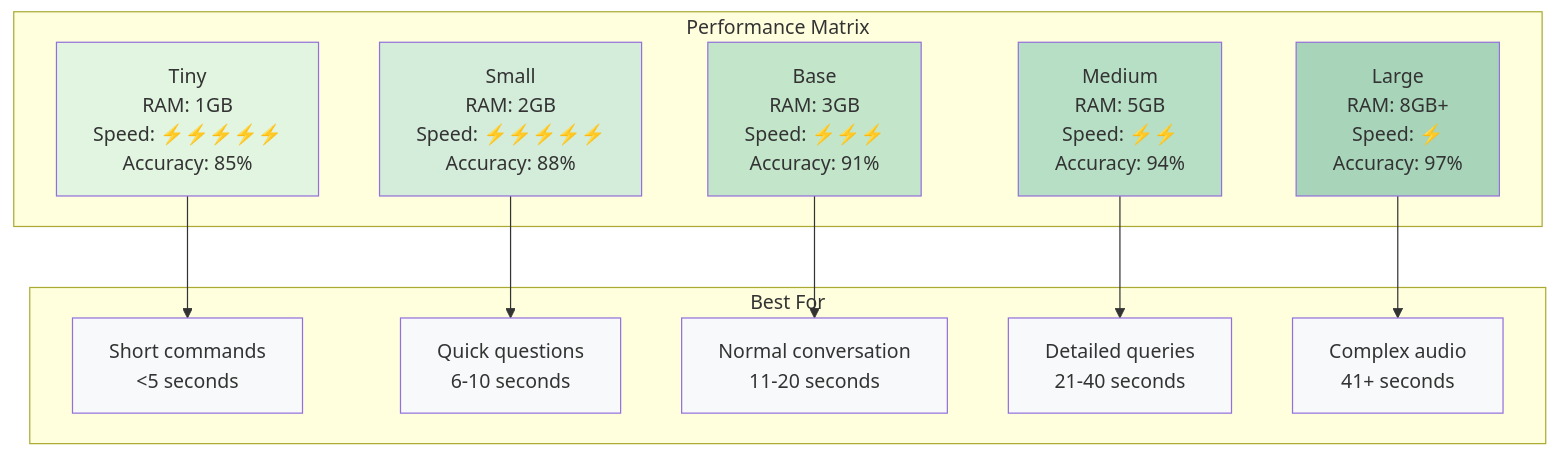
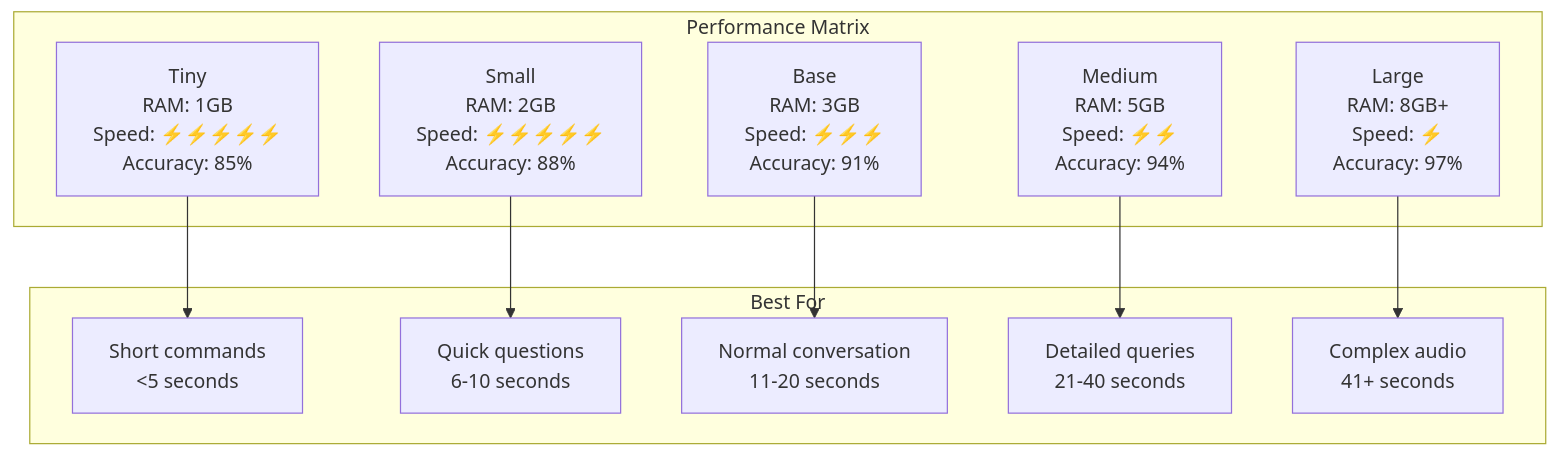
The fourth of 5 diagrams in README.md (nissanpatrolk5037-ctrl/Optimind), drawn with Mermaid before and after one commit.

````diff
--- a/README.md
+++ b/README.md
@@ -192,35 +192,24 @@
 ```mermaid
 graph TD
     subgraph "Performance Matrix"
         A1[Tiny<br/>RAM: 1GB<br/>Speed: ⚡⚡⚡⚡⚡<br/>Accuracy: 85%]
         A2[Small<br/>RAM: 2GB<br/>Speed: ⚡⚡⚡⚡⚡<br/>Accuracy: 88%]
         A3[Base<br/>RAM: 3GB<br/>Speed: ⚡⚡⚡<br/>Accuracy: 91%]
         A4[Medium<br/>RAM: 5GB<br/>Speed: ⚡⚡<br/>Accuracy: 94%]
         A5[Large<br/>RAM: 8GB+<br/>Speed: ⚡<br/>Accuracy: 97%]
     end
     
     subgraph "Best For"
         B1[Short commands<br/><5 seconds]
         B2[Quick questions<br/>6-10 seconds]
         B3[Normal conversation<br/>11-20 seconds]
         B4[Detailed queries<br/>21-40 seconds]
         B5[Complex audio<br/>41+ seconds]
     end
     
     A1 --> B1
     A2 --> B2
     A3 --> B3
     A4 --> B4
     A5 --> B5
-    
-    style A1 fill:#e1f5e1
-    style A2 fill:#d4edda
-    style A3 fill:#c3e6cb
-    style A4 fill:#b7dfc5
-    style A5 fill:#a8d5ba
-    style B1 fill:#f8f9fa
-    style B2 fill:#f8f9fa
-    style B3 fill:#f8f9fa
-    style B4 fill:#f8f9fa
-    style B5 fill:#f8f9fa
 ```
````
